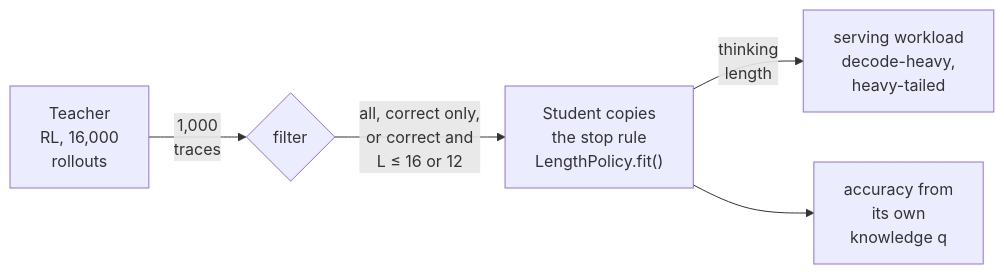
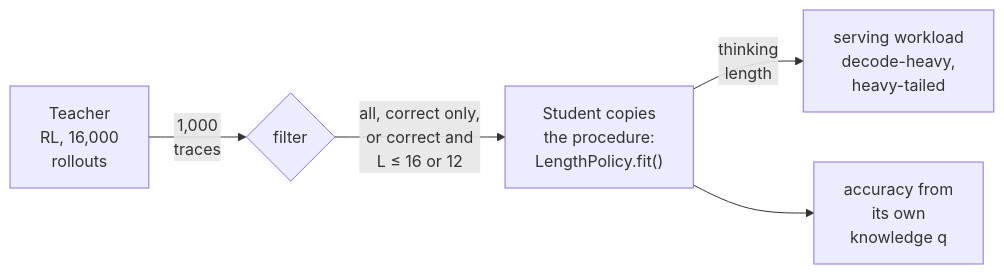
One commit to aniryou/full-stack-agentic-engineer changed the third of 4 diagrams in 00-foundations/distillation/PRIMER.md. Above: the diagram before and after it, drawn with Mermaid. The commit also changed other lines of this file and 38 other files, not shown here.

First line of the commit message:
WIP snapshot: the figure round (charts, improvements, additions) in progress (2026-10-30T18:02:33Z); not validated [skip ci]

````diff
--- a/00-foundations/distillation/PRIMER.md
+++ b/00-foundations/distillation/PRIMER.md
@@ -511,7 +511,7 @@
 ```mermaid
 flowchart LR
   T["Teacher<br/>RL, 16,000<br/>rollouts"] -->|"1,000<br/>traces"| F{"filter"}
-  F -->|"all, correct only,<br/>or correct and<br/>L ≤ 16 or 12"| S["Student copies<br/>the stop rule<br/>LengthPolicy.fit()"]
+  F -->|"all, correct only,<br/>or correct and<br/>L ≤ 16 or 12"| S["Student copies<br/>the procedure:<br/>LengthPolicy.fit()"]
   S -->|"thinking<br/>length"| W["serving workload<br/>decode-heavy,<br/>heavy-tailed"]
   S --> K["accuracy from<br/>its own<br/>knowledge q"]
 ```
````
